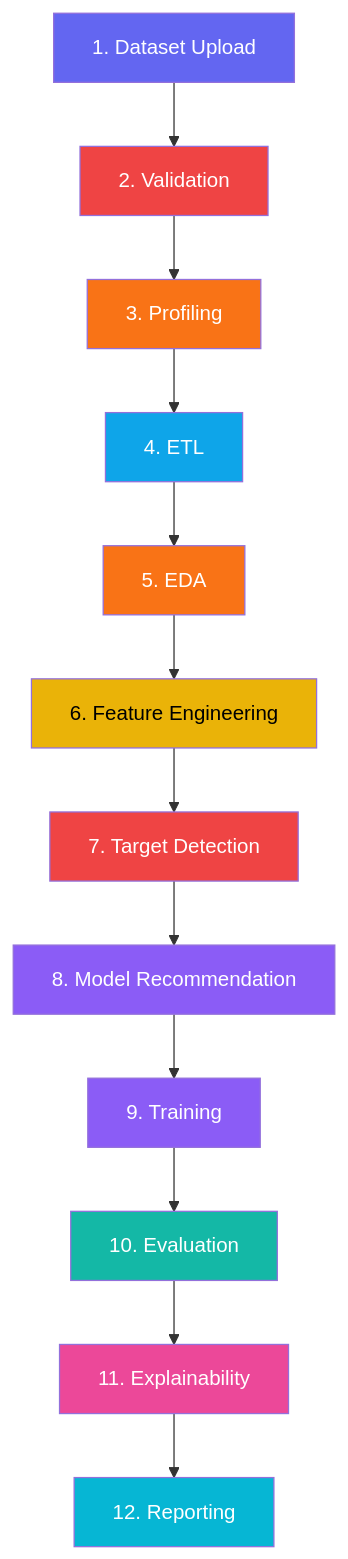
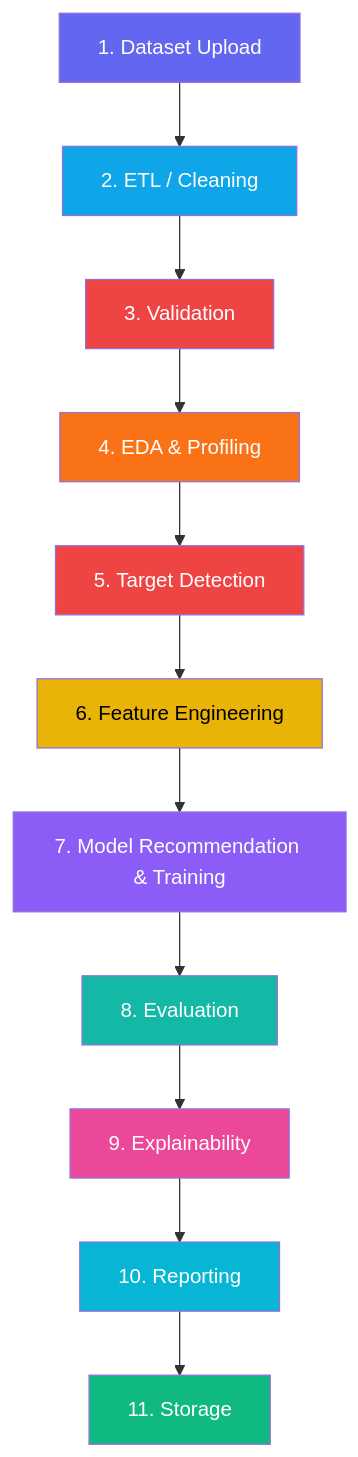
The second of 3 diagrams in README.md (kartik00052/Phronesisml), drawn with Mermaid before and after one commit. The commit also changed other lines of this file and 120 other files, not shown here.

````diff
--- a/README.md
+++ b/README.md
@@ -196,27 +195,25 @@
 ```mermaid
 graph TD
-    A["1. Dataset Upload"] --> B["2. Validation"]
-    B --> C["3. Profiling"]
-    C --> D["4. ETL"]
-    D --> E["5. EDA"]
+    A["1. Dataset Upload"] --> B["2. ETL / Cleaning"]
+    B --> C["3. Validation"]
+    C --> D["4. EDA & Profiling"]
+    D --> E["5. Target Detection"]
     E --> F["6. Feature Engineering"]
-    F --> G["7. Target Detection"]
-    G --> H["8. Model Recommendation"]
-    H --> I["9. Training"]
-    I --> J["10. Evaluation"]
-    J --> K["11. Explainability"]
-    K --> L["12. Reporting"]
+    F --> G["7. Model Recommendation & Training"]
+    G --> H["8. Evaluation"]
+    H --> I["9. Explainability"]
+    I --> J["10. Reporting"]
+    J --> K["11. Storage"]
 
     style A fill:#6366F1,color:#fff
-    style B fill:#EF4444,color:#fff
-    style C fill:#F97316,color:#fff
-    style D fill:#0EA5E9,color:#fff
-    style E fill:#F97316,color:#fff
+    style B fill:#0EA5E9,color:#fff
+    style C fill:#EF4444,color:#fff
+    style D fill:#F97316,color:#fff
+    style E fill:#EF4444,color:#fff
     style F fill:#EAB308,color:#000
-    style G fill:#EF4444,color:#fff
-    style H fill:#8B5CF6,color:#fff
-    style I fill:#8B5CF6,color:#fff
-    style J fill:#14B8A6,color:#fff
-    style K fill:#EC4899,color:#fff
-    style L fill:#06B6D4,color:#fff
+    style G fill:#8B5CF6,color:#fff
+    style H fill:#14B8A6,color:#fff
+    style I fill:#EC4899,color:#fff
+    style J fill:#06B6D4,color:#fff
+    style K fill:#10B981,color:#fff
 ```
````
